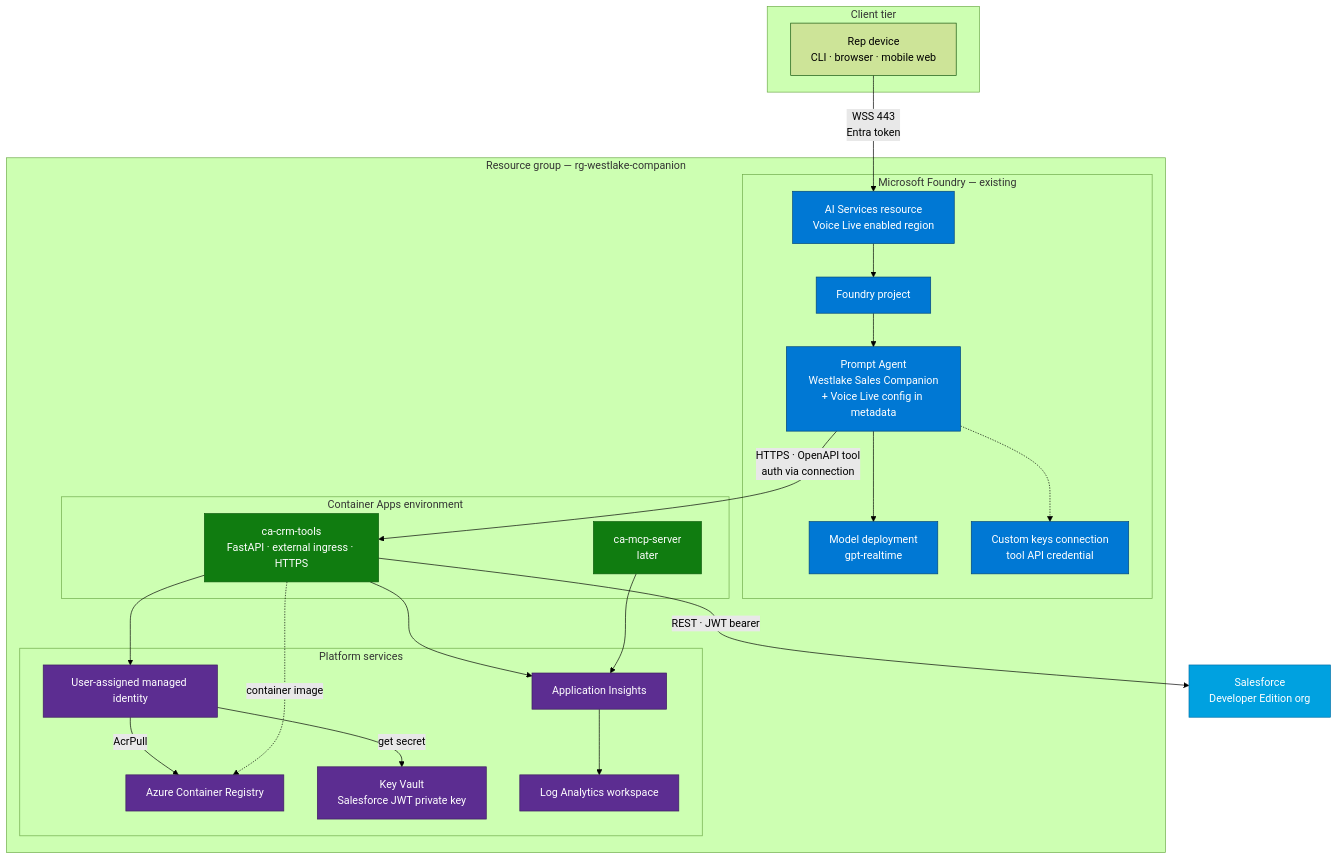
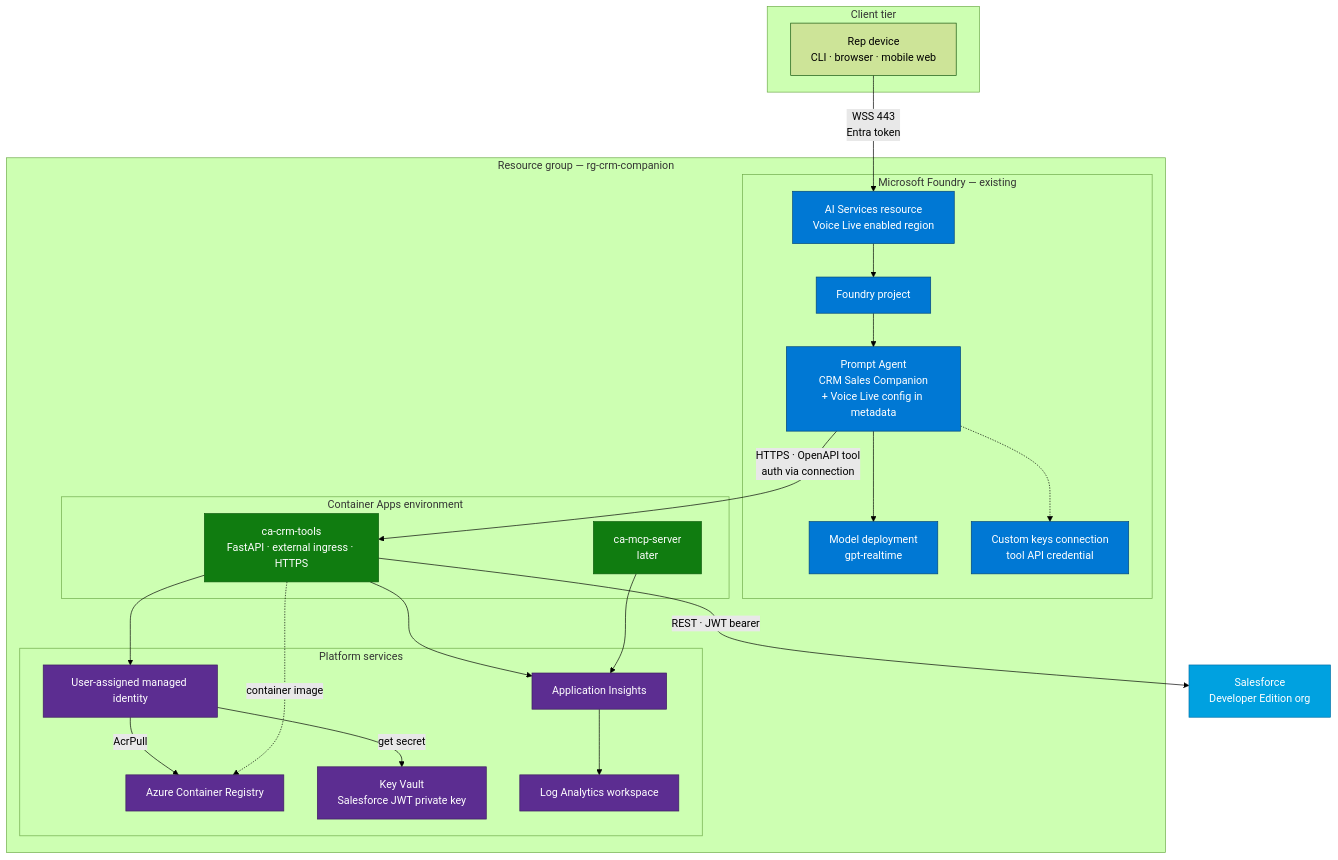
The sixth of 7 diagrams in README.md (mikefelder/foundry-voice-agent-crm-poc), drawn with Mermaid (forest theme) before and after one commit. The commit also changed other lines of this file and 23 other files, not shown here.

````diff
--- a/README.md
+++ b/README.md
@@ -392,55 +602,55 @@
 ```mermaid
 graph TB
     subgraph Edge["Client tier"]
         DEV["Rep device<br/>CLI · browser · mobile web"]
     end
 
-    subgraph RG["Resource group — rg-westlake-companion"]
+    subgraph RG["Resource group — rg-crm-companion"]
         subgraph AI["Microsoft Foundry — existing"]
             FRES["AI Services resource<br/>Voice Live enabled region"]
             PROJ["Foundry project"]
-            AGT["Prompt Agent<br/>Westlake Sales Companion<br/>+ Voice Live config in metadata"]
+            AGT["Prompt Agent<br/>CRM Sales Companion<br/>+ Voice Live config in metadata"]
             MDL["Model deployment<br/>gpt-realtime"]
             CONN["Custom keys connection<br/>tool API credential"]
         end
 
         subgraph COMPUTE["Container Apps environment"]
             CAPP["ca-crm-tools<br/>FastAPI · external ingress · HTTPS"]
             CMCP["ca-mcp-server<br/>later"]
         end
 
         subgraph SUPPORT["Platform services"]
             ACR["Azure Container Registry"]
             UAMI["User-assigned managed identity"]
             KVLT["Key Vault<br/>Salesforce JWT private key"]
             LAW["Log Analytics workspace"]
             APPI["Application Insights"]
         end
     end
 
     SFDC["Salesforce<br/>Developer Edition org"]
 
     DEV -->|"WSS 443<br/>Entra token"| FRES
     FRES --> PROJ
     PROJ --> AGT
     AGT --> MDL
     AGT -->|"HTTPS · OpenAPI tool<br/>auth via connection"| CAPP
     AGT -.-> CONN
     CAPP --> UAMI
     UAMI -->|"AcrPull"| ACR
     UAMI -->|"get secret"| KVLT
     CAPP -->|"REST · JWT bearer"| SFDC
     CAPP --> APPI
     CMCP --> APPI
     APPI --> LAW
     CAPP -.->|"container image"| ACR
 
     classDef foundry fill:#0078D4,stroke:#004578,color:#fff
     classDef compute fill:#107C10,stroke:#0B5A0B,color:#fff
     classDef platform fill:#5C2D91,stroke:#3B1D5E,color:#fff
     classDef ext fill:#00A1E0,stroke:#0071A8,color:#fff
     class FRES,PROJ,AGT,MDL,CONN foundry
     class CAPP,CMCP compute
     class ACR,UAMI,KVLT,LAW,APPI platform
     class SFDC ext
 ```
````
